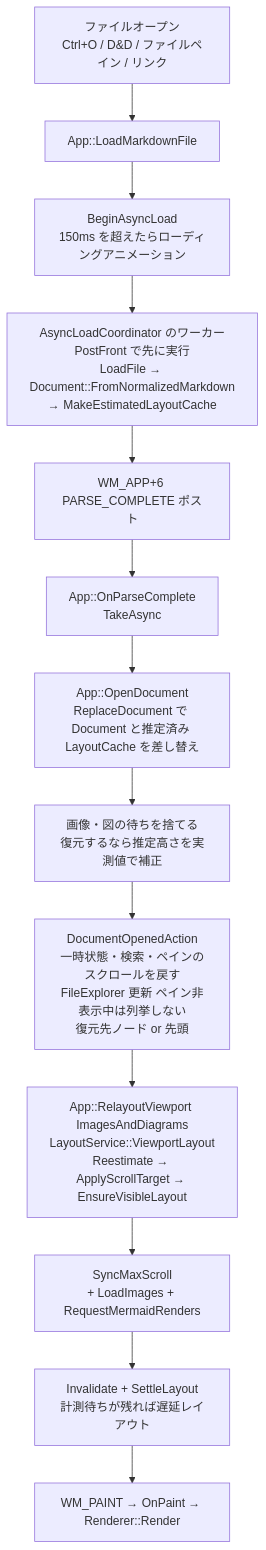
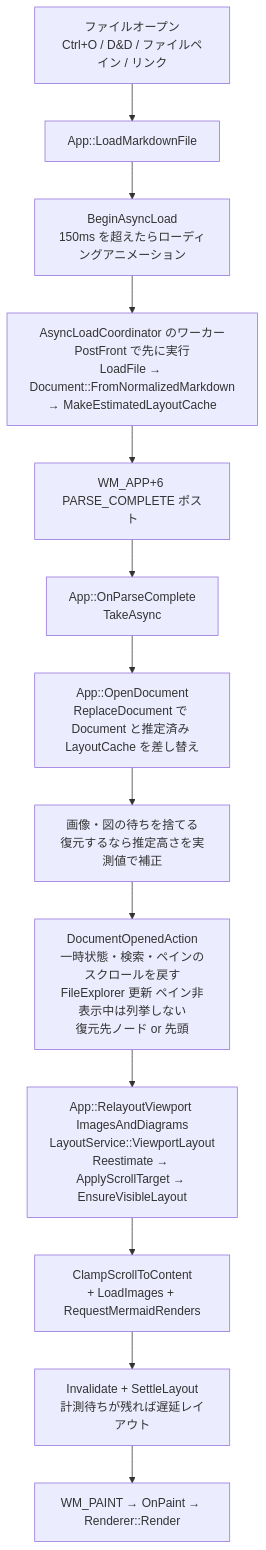
One commit to tanaton/mendo changed diagram 18 of 27 in example/test.md. Above: the diagram before and after it, drawn with Mermaid. The commit also changed other lines of this file and 4 other files, not shown here.

````diff
--- a/example/test.md
+++ b/example/test.md
@@ -3102,16 +3085,16 @@
 ```mermaid
 flowchart TD
     TRIGGER[ファイルオープン<br>Ctrl+O / D&D / ファイルペイン / リンク] --> LMF[App::LoadMarkdownFile]
     LMF --> ASYNC[BeginAsyncLoad<br>150ms を超えたらローディングアニメーション]
     ASYNC --> WORKER[AsyncLoadCoordinator のワーカー<br>PostFront で先に実行<br>LoadFile → Document::FromNormalizedMarkdown<br>→ MakeEstimatedLayoutCache]
     WORKER --> POST[WM_APP+6 PARSE_COMPLETE ポスト]
     POST --> OPC[App::OnParseComplete<br>TakeAsync]
 
     OPC --> REPL[App::OpenDocument<br>ReplaceDocument で Document と推定済み LayoutCache を差し替え]
     REPL --> FIN[画像・図の待ちを捨てる<br>復元するなら推定高さを実測値で補正]
     FIN --> OPENED[DocumentOpenedAction<br>一時状態・検索・ペインのスクロールを戻す<br>FileExplorer 更新 ペイン非表示中は列挙しない<br>復元先ノード or 先頭]
     OPENED --> LAYOUT[App::RelayoutViewport ImagesAndDiagrams<br>LayoutService::ViewportLayout<br>Reestimate → ApplyScrollTarget → EnsureVisibleLayout]
-    LAYOUT --> FINAL[SyncMaxScroll<br>+ LoadImages + RequestMermaidRenders]
+    LAYOUT --> FINAL[ClampScrollToContent<br>+ LoadImages + RequestMermaidRenders]
     FINAL --> INVAL[Invalidate + SettleLayout<br>計測待ちが残れば遅延レイアウト]
     INVAL --> PAINT[WM_PAINT → OnPaint → Renderer::Render]
 ```
````
